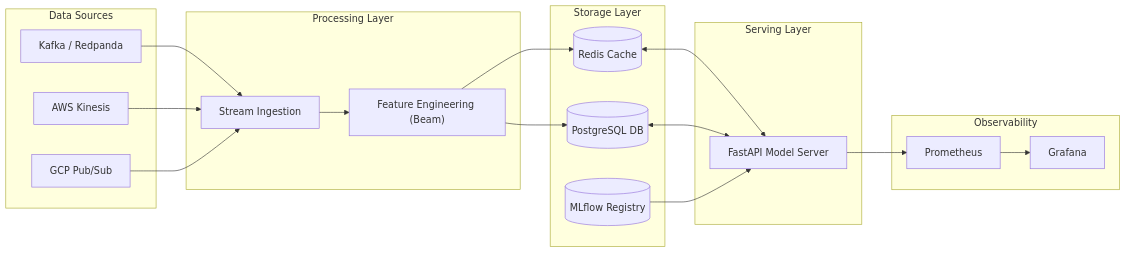
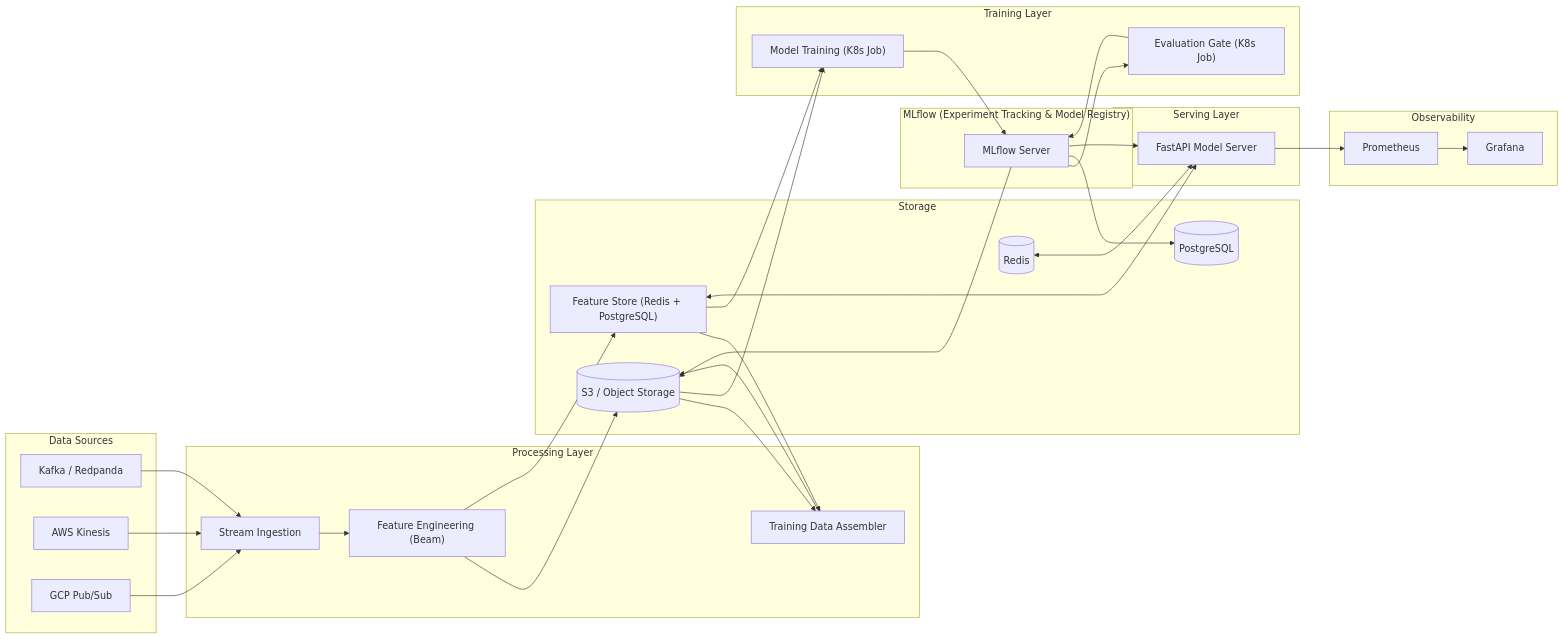
Before and after one commit to ItaloPinheiro/rt-ml-multicloud-platform: the diagram in docs/architecture/overview.md, drawn with Mermaid. The commit also changed other lines of this file and 22 other files, not shown here.

First line of the commit message:
feat: Integrate Feature Store into training pipeline and demo workflow

````diff
--- a/docs/architecture/overview.md
+++ b/docs/architecture/overview.md
@@ -7,43 +7,66 @@
 ```mermaid
 graph LR
     subgraph "Data Sources"
         Kafka["Kafka / Redpanda"]
         Kinesis["AWS Kinesis"]
         PubSub["GCP Pub/Sub"]
     end
 
     subgraph "Processing Layer"
         Ingestion["Stream Ingestion"]
         Beam["Feature Engineering (Beam)"]
+        Assembler["Training Data Assembler"]
     end
 
-    subgraph "Storage Layer"
-        Redis[("Redis Cache")]
-        Postgres[("PostgreSQL DB")]
-        MLflow[("MLflow Registry")]
+    subgraph "Storage"
+        S3[("S3 / Object Storage")]
+        Postgres[("PostgreSQL")]
+        Redis[("Redis")]
+        FS["Feature Store (Redis + PostgreSQL)"]
+    end
+
+    subgraph "MLflow (Experiment Tracking & Model Registry)"
+        MLflow["MLflow Server"]
+    end
+
+    subgraph "Training Layer"
+        Training["Model Training (K8s Job)"]
+        Evaluation["Evaluation Gate (K8s Job)"]
     end
 
     subgraph "Serving Layer"
         API["FastAPI Model Server"]
     end
 
     subgraph "Observability"
         Prometheus["Prometheus"]
         Grafana["Grafana"]
     end
 
     Kafka --> Ingestion
     Kinesis --> Ingestion
     PubSub --> Ingestion
 
     Ingestion --> Beam
-    Beam --> Redis
-    Beam --> Postgres
+    Beam --> S3
+    Beam --> FS
 
+    S3 --> Assembler
+    FS --> Assembler
+    Assembler --> S3
+
+    S3 --> Training
+    FS --> Training
+    Training --> MLflow
+    MLflow --> Evaluation
+    Evaluation --> MLflow
+
+    MLflow --> Postgres
+    MLflow --> S3
+    MLflow --> API
     Redis <--> API
-    Postgres <--> API
-    MLflow --> API
+    FS <--> API
 
     API --> Prometheus
     Prometheus --> Grafana
 ```
````
